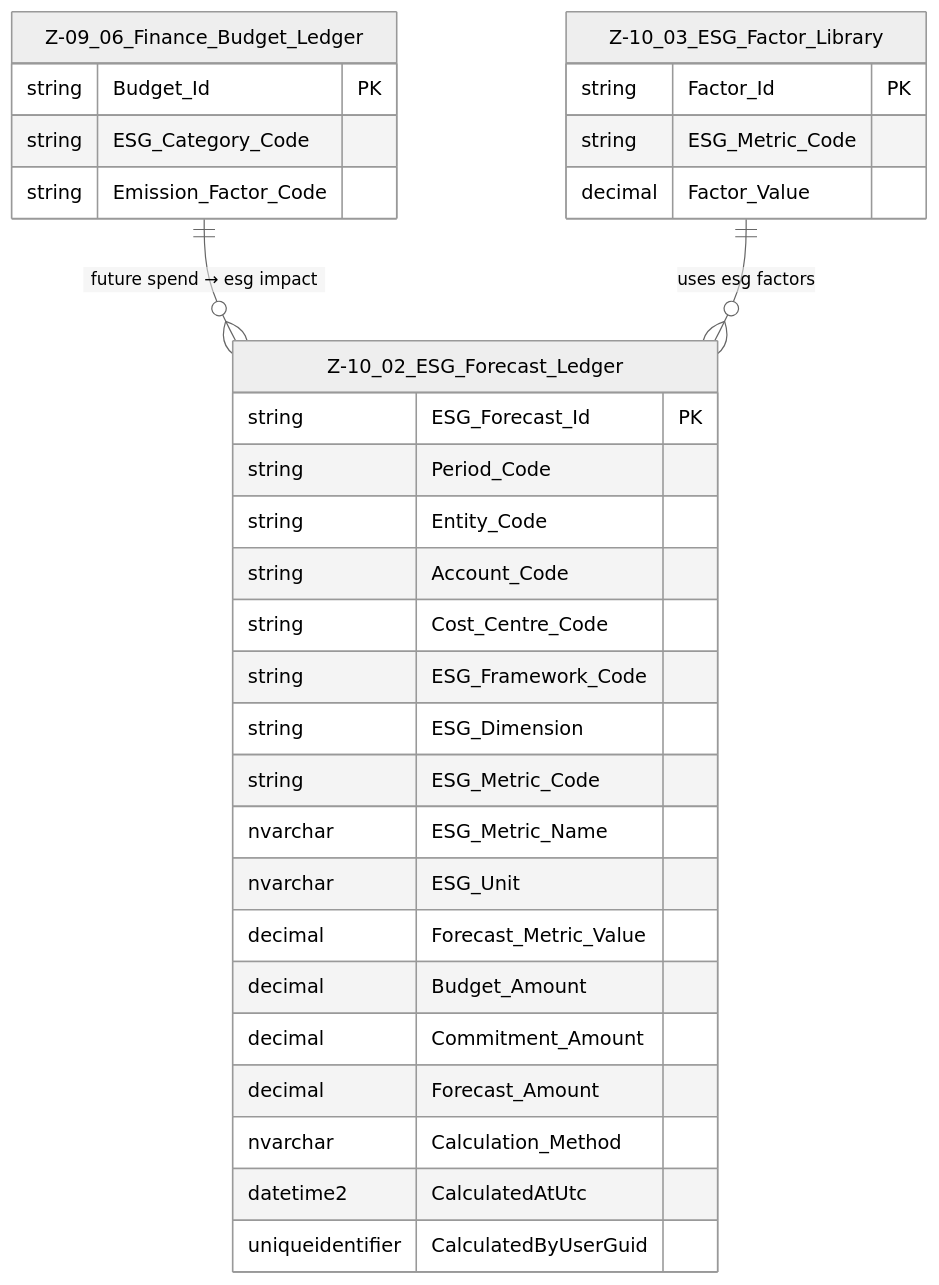
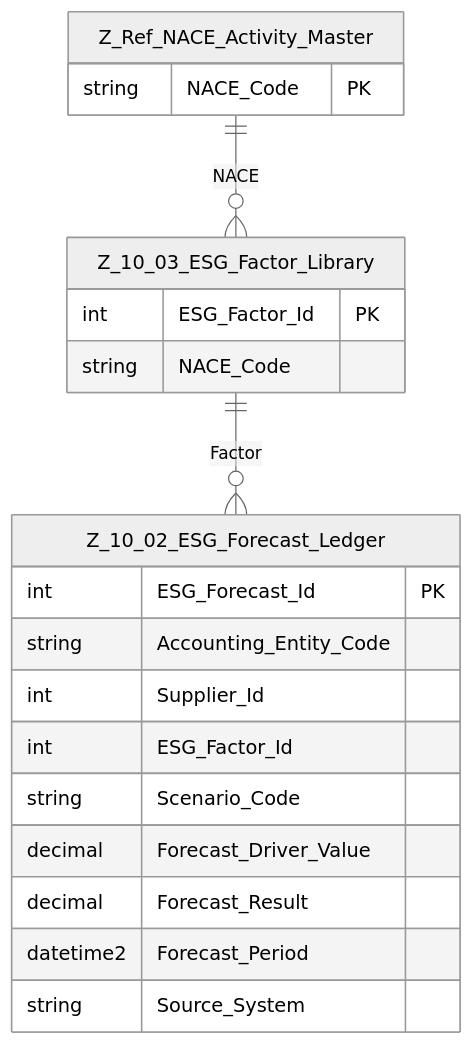
The diagram in 100 DATA MODELLING/Z- Data Entites/ESG Domain/Z-10.02_ESG_Forecast_Ledger.md (NeilWP/SUSTINA_CAB), drawn with Mermaid (neutral theme) before and after one commit. The commit also changed other lines of this file and 2 other files, not shown here.

Commit message:
Updating refinements to ESG  Domain

````diff
--- a/100 DATA MODELLING/Z- Data Entites/ESG Domain/Z-10.02_ESG_Forecast_Ledger.md
+++ b/100 DATA MODELLING/Z- Data Entites/ESG Domain/Z-10.02_ESG_Forecast_Ledger.md
@@ -41,37 +35,26 @@
 ```mermaid
 erDiagram
-    Z-10_02_ESG_Forecast_Ledger {
-        string ESG_Forecast_Id PK
-        string Period_Code
-        string Entity_Code
-        string Account_Code
-        string Cost_Centre_Code
-        string ESG_Framework_Code
-        string ESG_Dimension
-        string ESG_Metric_Code
-        nvarchar ESG_Metric_Name
-        nvarchar ESG_Unit
-        decimal Forecast_Metric_Value
-        decimal Budget_Amount
-        decimal Commitment_Amount
-        decimal Forecast_Amount
-        nvarchar Calculation_Method
-        datetime2 CalculatedAtUtc
-        uniqueidentifier CalculatedByUserGuid
+    Z_10_02_ESG_Forecast_Ledger {
+        int ESG_Forecast_Id PK
+        string Accounting_Entity_Code
+        int Supplier_Id
+        int ESG_Factor_Id
+        string Scenario_Code
+        decimal Forecast_Driver_Value
+        decimal Forecast_Result
+        datetime2 Forecast_Period
+        string Source_System
     }
 
-    Z-09_06_Finance_Budget_Ledger {
-        string Budget_Id PK
-        string ESG_Category_Code
-        string Emission_Factor_Code
+    Z_10_03_ESG_Factor_Library {
+        int ESG_Factor_Id PK
+        string NACE_Code
     }
 
-    Z-10_03_ESG_Factor_Library {
-        string Factor_Id PK
-        string ESG_Metric_Code
-        decimal Factor_Value
+    Z_Ref_NACE_Activity_Master {
+        string NACE_Code PK
     }
 
-    Z-09_06_Finance_Budget_Ledger ||--o{ Z-10_02_ESG_Forecast_Ledger : "future spend → esg impact"
-    Z-10_03_ESG_Factor_Library ||--o{ Z-10_02_ESG_Forecast_Ledger : "uses esg factors"
+    Z_10_03_ESG_Factor_Library ||--o{ Z_10_02_ESG_Forecast_Ledger : "Factor"
+    Z_Ref_NACE_Activity_Master ||--o{ Z_10_03_ESG_Factor_Library : "NACE"
 ```
````
